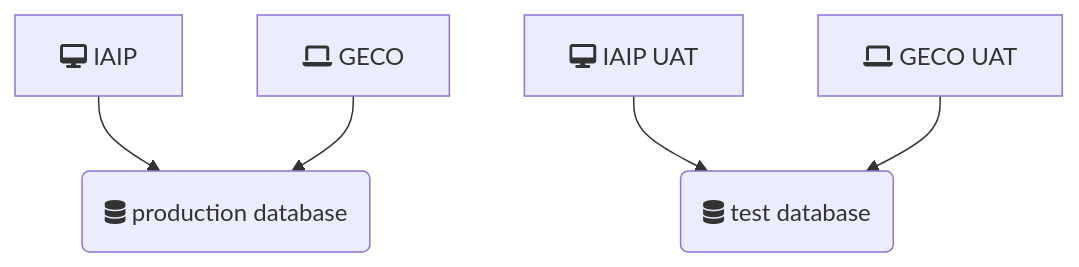
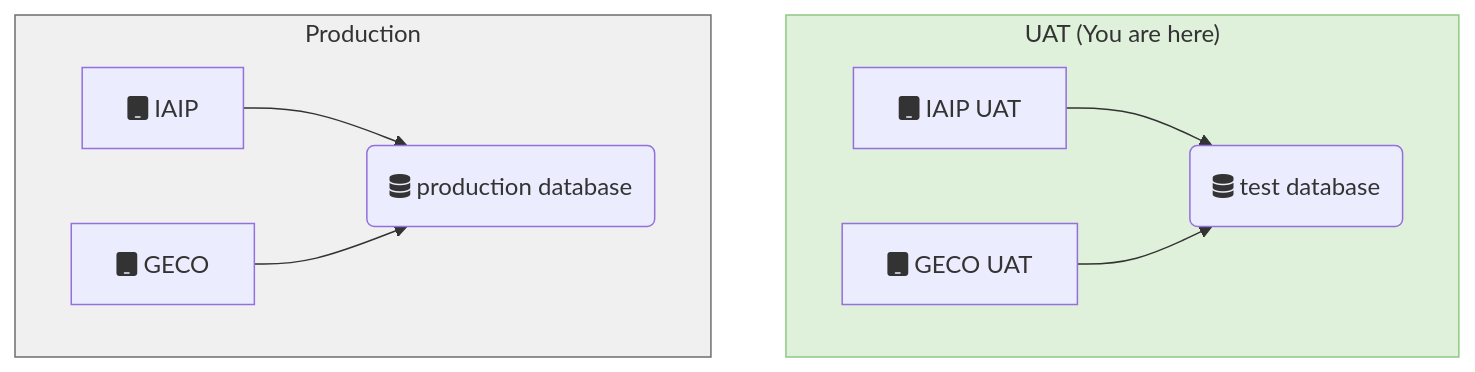
The diagram in iaip-website/www/uat/index.md (gaepdit/iaip), drawn with Mermaid before and after one commit. The commit also changed other lines of this file and 4 other files, not shown here.

Commit message:
Update the Dev & UAT flow charts

```diff
--- a/iaip-website/www/uat/index.md
+++ b/iaip-website/www/uat/index.md
@@ -14,7 +13,13 @@
 <pre class="mermaid">
-graph TD;
-    A[fa:fa-desktop IAIP] --> B(fa:fa-database production database);
-    G[fa:fa-laptop GECO] --> B;
-    C[fa:fa-desktop IAIP UAT] --> D(fa:fa-database test database);
-    H[fa:fa-laptop GECO UAT] --> D;
+flowchart TD;
+    subgraph UAT["UAT (You are here)"]
+        D[fa:fa-tablet IAIP UAT] --> E(fa:fa-database test database);
+        F[fa:fa-tablet GECO UAT] --> E;
+    end
+    subgraph Production
+        A[fa:fa-tablet IAIP] --> B(fa:fa-database production database);
+        C[fa:fa-tablet GECO] --> B;
+    end
+    style Production stroke:#6e6e6e,fill:#f0f0f0
+    style UAT stroke:#8fc982,fill:#dff0db
 </pre>
```
